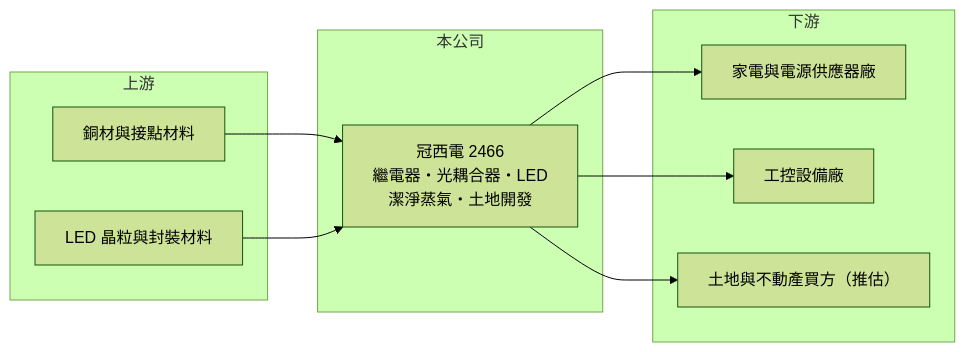
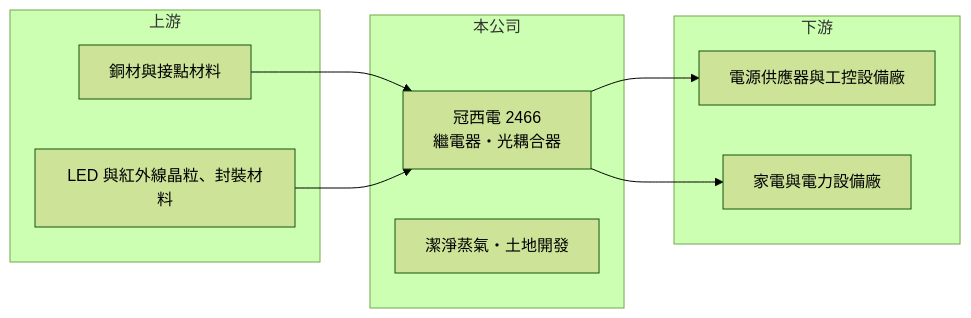
One commit to wangnick1004/taiwan-stock-vault changed the diagram in 個股/台股/2466冠西電.md. Above: the diagram before and after it, drawn with Mermaid (forest theme). The commit also changed other lines of this file and 10 other files, not shown here.

````diff
--- a/個股/台股/2466冠西電.md
+++ b/個股/台股/2466冠西電.md
@@ -85,20 +100,19 @@
 ```mermaid
 flowchart LR
     subgraph 上游
-        A1["銅材與接點材料"]
-        A2["LED 晶粒與封裝材料"]
+        A1[銅材與接點材料]
+        A2[LED 與紅外線晶粒、封裝材料]
     end
     subgraph 本公司
-        B["冠西電 2466<br/>繼電器・光耦合器・LED<br/>潔淨蒸氣・土地開發"]
+        B[冠西電 2466<br/>繼電器・光耦合器]
+        B2[潔淨蒸氣・土地開發]
     end
     subgraph 下游
-        C1["家電與電源供應器廠"]
-        C2["工控設備廠"]
-        C3["土地與不動產買方（推估）"]
+        C1[電源供應器與工控設備廠]
+        C2[家電與電力設備廠]
     end
     A1 --> B
     A2 --> B
     B --> C1
     B --> C2
-    B --> C3
 ```
````
